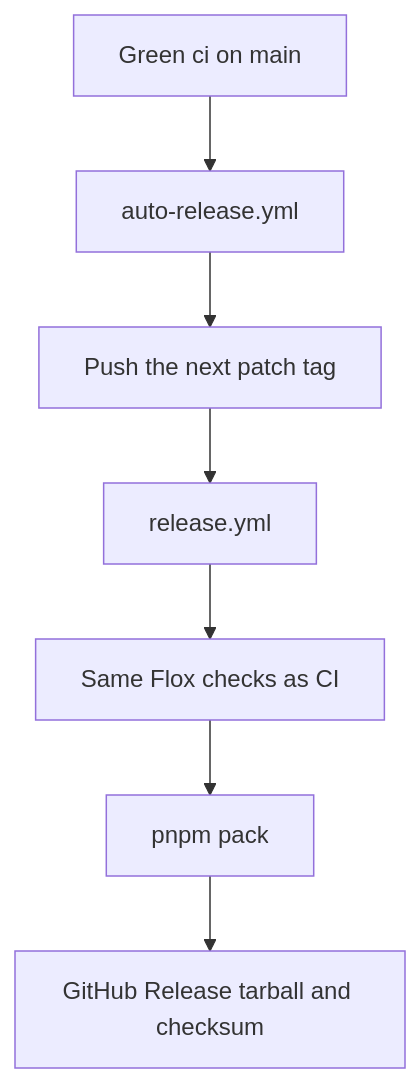
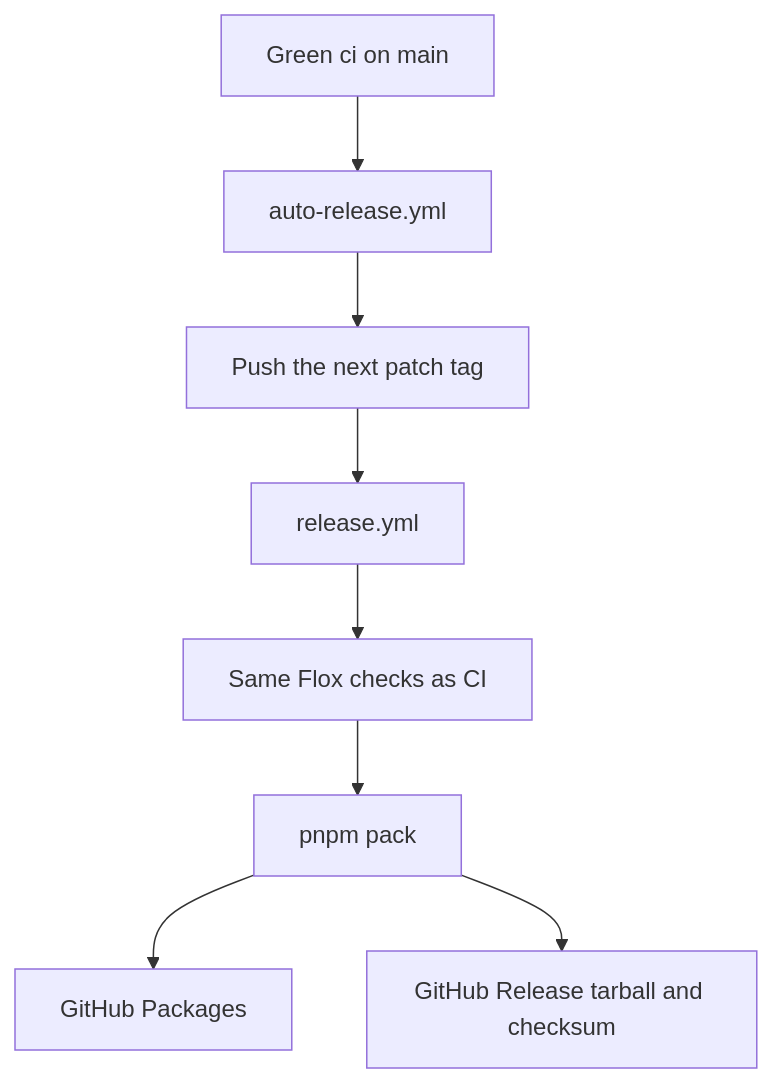
The diagram in docs/releasing.md (smeltery/showrunner), drawn with Mermaid before and after one commit. The commit also changed other lines of this file and 7 other files, not shown here.

First line of the commit message:
feat: publish the library to GitHub Packages (#8)

````diff
--- a/docs/releasing.md
+++ b/docs/releasing.md
@@ -5,9 +5,10 @@
 ```mermaid
 flowchart TD
   ci["Green ci on main"] --> auto["auto-release.yml"]
   auto --> tag["Push the next patch tag"]
   tag --> release["release.yml"]
   release --> gates["Same Flox checks as CI"]
   gates --> pack["pnpm pack"]
+  pack --> registry["GitHub Packages"]
   pack --> github["GitHub Release tarball and checksum"]
 ```
````
